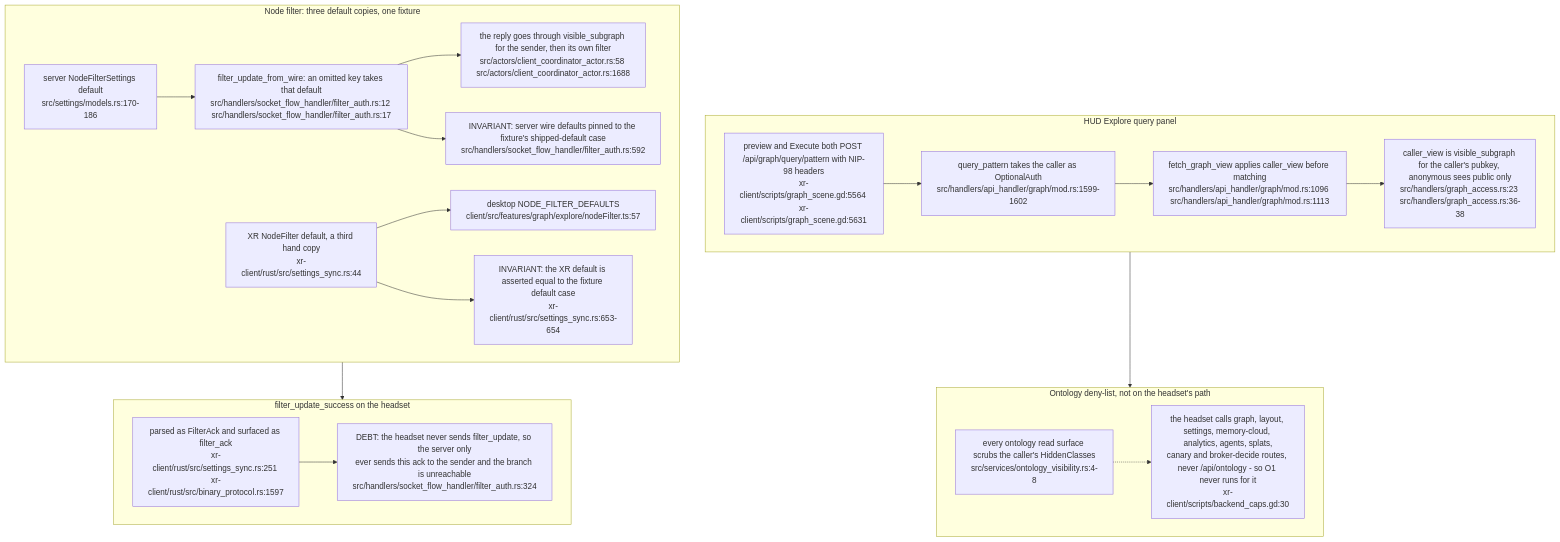
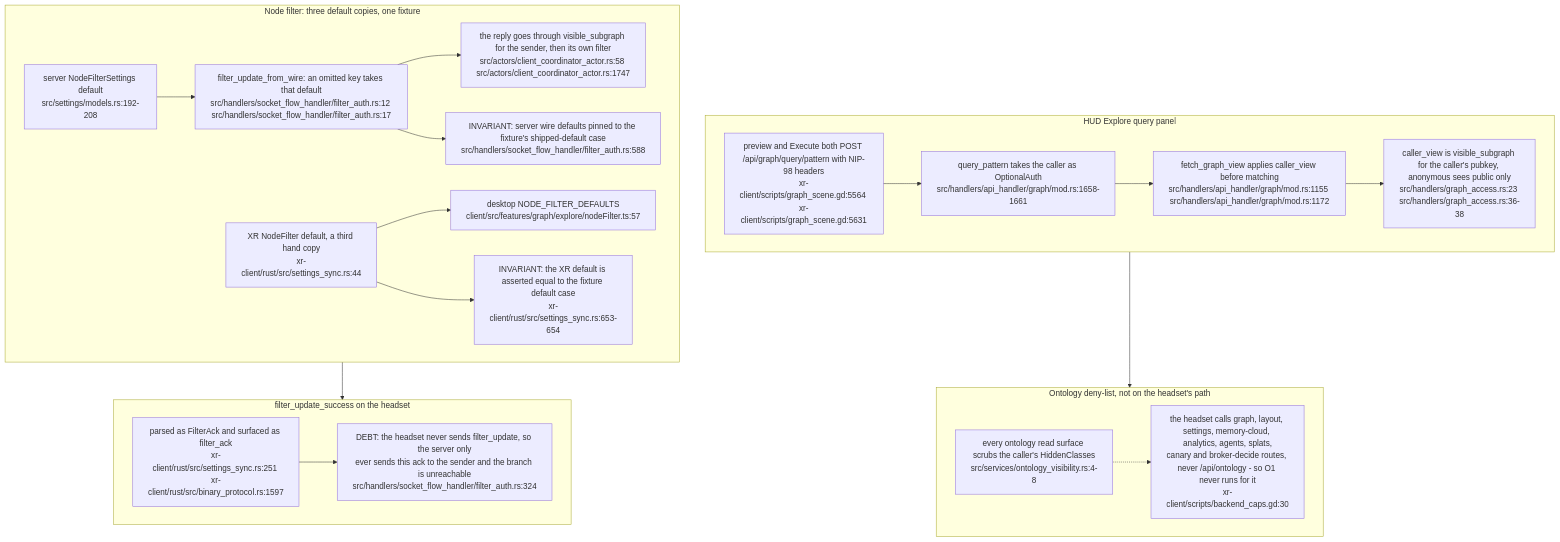
One commit to DreamLab-AI/VisionFlow changed diagram 30 of 30 in docs/diagrams/visionclaw/36-godot-xr-client.md. Above: the diagram before and after it, drawn with Mermaid. The commit also changed other lines of this file and 81 other files, not shown here.

First line of the commit message:
docs(diagrams): roll VisionClaw topics to main 010e1109b (PR 37 and 38 merged); fix remaining prose citations

````diff
--- a/docs/diagrams/visionclaw/36-godot-xr-client.md
+++ b/docs/diagrams/visionclaw/36-godot-xr-client.md
@@ -1435,35 +1435,35 @@
 ```mermaid
 flowchart TB
     subgraph query["HUD Explore query panel"]
         Q1["preview and Execute both POST /api/graph/query/pattern with NIP-98 headers<br/>xr-client/scripts/graph_scene.gd:5564 xr-client/scripts/graph_scene.gd:5631"]
-        Q2["query_pattern takes the caller as OptionalAuth<br/>src/handlers/api_handler/graph/mod.rs:1599-1602"]
-        Q3["fetch_graph_view applies caller_view before matching<br/>src/handlers/api_handler/graph/mod.rs:1096 src/handlers/api_handler/graph/mod.rs:1113"]
+        Q2["query_pattern takes the caller as OptionalAuth<br/>src/handlers/api_handler/graph/mod.rs:1658-1661"]
+        Q3["fetch_graph_view applies caller_view before matching<br/>src/handlers/api_handler/graph/mod.rs:1155 src/handlers/api_handler/graph/mod.rs:1172"]
         Q4["caller_view is visible_subgraph for the caller's pubkey, anonymous sees public only<br/>src/handlers/graph_access.rs:23 src/handlers/graph_access.rs:36-38"]
         Q1 --> Q2 --> Q3 --> Q4
     end
     subgraph onto["Ontology deny-list, not on the headset's path"]
         O1["every ontology read surface scrubs the caller's HiddenClasses<br/>src/services/ontology_visibility.rs:4-8"]
         O2["the headset calls graph, layout, settings, memory-cloud, analytics, agents, splats,<br/>canary and broker-decide routes, never /api/ontology - so O1 never runs for it<br/>xr-client/scripts/backend_caps.gd:30"]
         O1 -.-> O2
     end
     subgraph filt["Node filter: three default copies, one fixture"]
-        F1["server NodeFilterSettings default<br/>src/settings/models.rs:170-186"]
+        F1["server NodeFilterSettings default<br/>src/settings/models.rs:192-208"]
         F2["filter_update_from_wire: an omitted key takes that default<br/>src/handlers/socket_flow_handler/filter_auth.rs:12 src/handlers/socket_flow_handler/filter_auth.rs:17"]
-        F3["the reply goes through visible_subgraph for the sender, then its own filter<br/>src/actors/client_coordinator_actor.rs:58 src/actors/client_coordinator_actor.rs:1688"]
+        F3["the reply goes through visible_subgraph for the sender, then its own filter<br/>src/actors/client_coordinator_actor.rs:58 src/actors/client_coordinator_actor.rs:1747"]
         F4["XR NodeFilter default, a third hand copy<br/>xr-client/rust/src/settings_sync.rs:44"]
         F7["INVARIANT: the XR default is asserted equal to the fixture default case<br/>xr-client/rust/src/settings_sync.rs:653-654"]
         F5["desktop NODE_FILTER_DEFAULTS<br/>client/src/features/graph/explore/nodeFilter.ts:57"]
-        F6["INVARIANT: server wire defaults pinned to the fixture's shipped-default case<br/>src/handlers/socket_flow_handler/filter_auth.rs:592"]
+        F6["INVARIANT: server wire defaults pinned to the fixture's shipped-default case<br/>src/handlers/socket_flow_handler/filter_auth.rs:588"]
         F1 --> F2 --> F3
         F2 --> F6
         F4 --> F5
         F4 --> F7
     end
     subgraph ack["filter_update_success on the headset"]
         A1["parsed as FilterAck and surfaced as filter_ack<br/>xr-client/rust/src/settings_sync.rs:251 xr-client/rust/src/binary_protocol.rs:1597"]
         A2["DEBT: the headset never sends filter_update, so the server only<br/>ever sends this ack to the sender and the branch is unreachable<br/>src/handlers/socket_flow_handler/filter_auth.rs:324"]
         A1 --> A2
     end
     query --> onto
     filt --> ack
 ```
````
